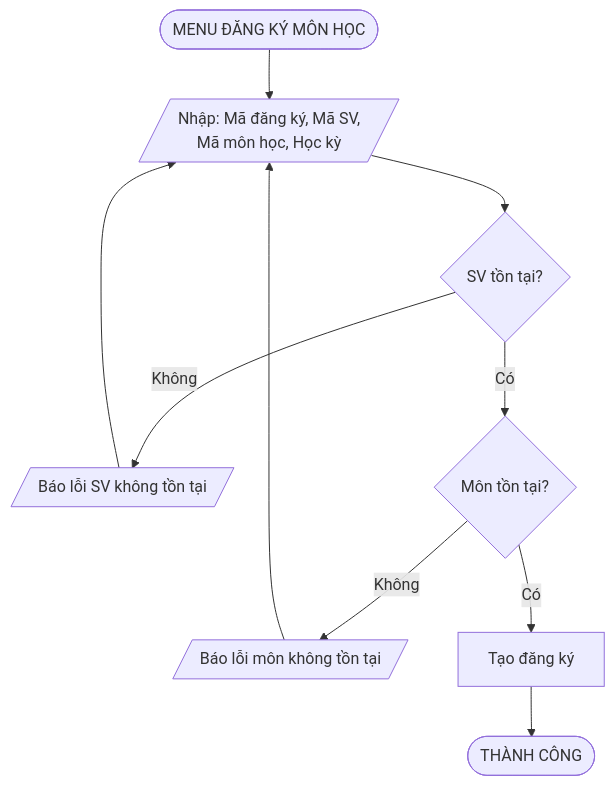
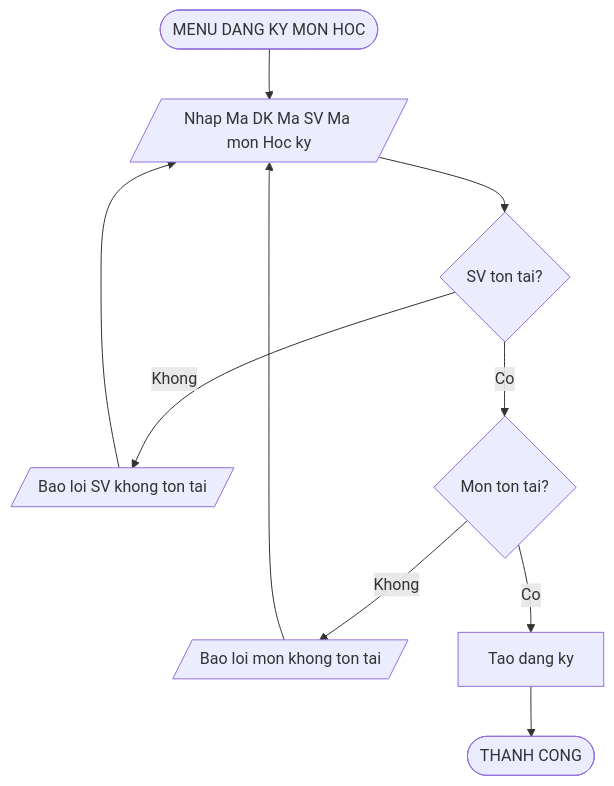
Before and after one commit to phucphuc2006/pro-192: diagram 14 of 20 in docs/Flowcharts/Flowcharts.md, drawn with Mermaid. The commit also changed other lines of this file, not shown here.

Commit message:
Fix Mermaid syntax for GitHub compatibility

````diff
--- a/docs/Flowcharts/Flowcharts.md
+++ b/docs/Flowcharts/Flowcharts.md
@@ -246,12 +246,12 @@
 ```mermaid
 flowchart TD
-    A([MENU ĐĂNG KÝ MÔN HỌC]) --> B[/Nhập: Mã đăng ký, Mã SV,<br/>Mã môn học, Học kỳ/]
-    B --> C{SV tồn tại?}
-    C -->|Không| D[/Báo lỗi SV không tồn tại/]
+    A([MENU DANG KY MON HOC]) --> B[/Nhap Ma DK Ma SV Ma mon Hoc ky/]
+    B --> C{SV ton tai?}
+    C -->|Khong| D[/Bao loi SV khong ton tai/]
     D --> B
-    C -->|Có| E{Môn tồn tại?}
-    E -->|Không| F[/Báo lỗi môn không tồn tại/]
+    C -->|Co| E{Mon ton tai?}
+    E -->|Khong| F[/Bao loi mon khong ton tai/]
     F --> B
-    E -->|Có| G[Tạo đăng ký]
-    G --> H([THÀNH CÔNG])
+    E -->|Co| G[Tao dang ky]
+    G --> H([THANH CONG])
 ```
````
